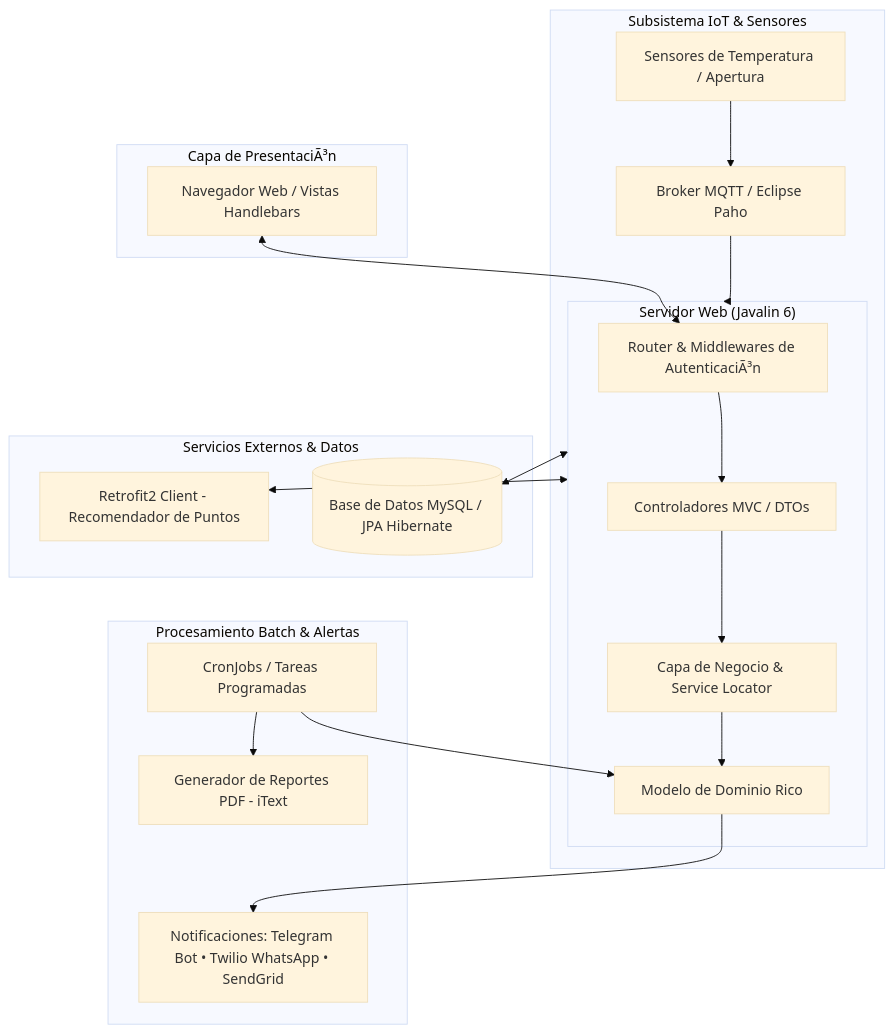
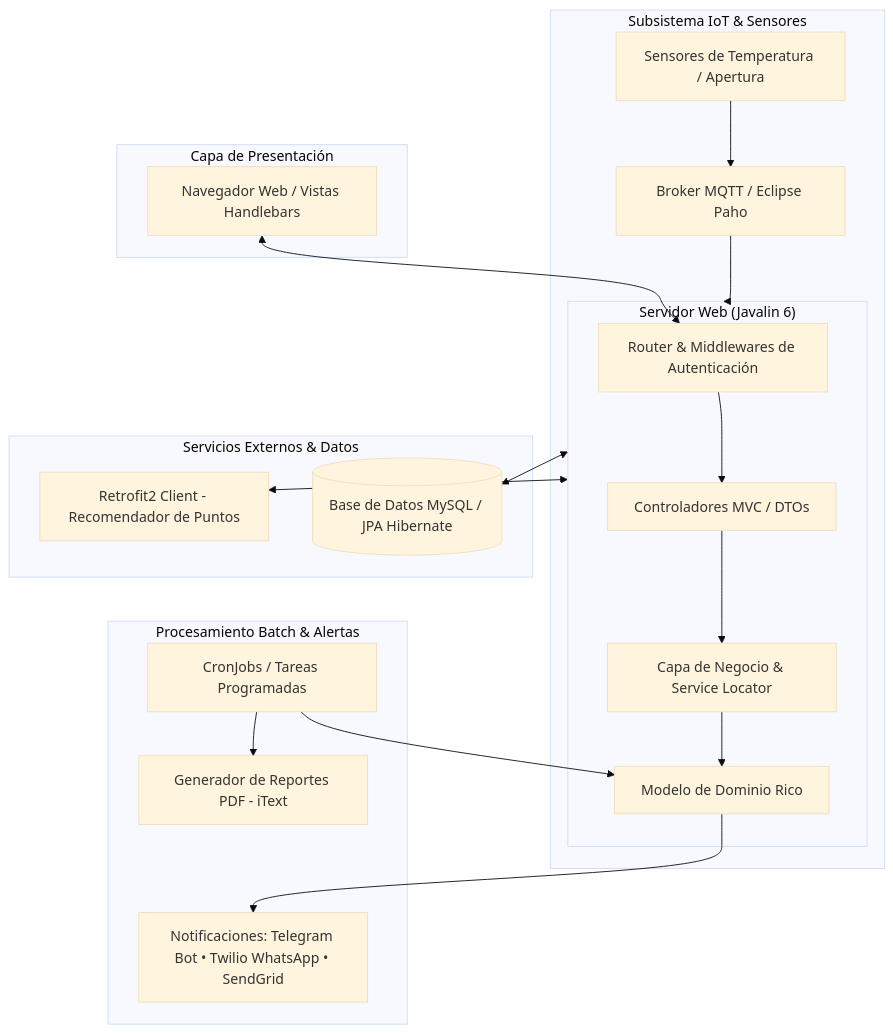
The diagram in README.md (thomyluca/TP-DDS-2024), drawn with Mermaid (base theme) before and after one commit. The commit also changed other lines of this file, not shown here.

Commit message:
fix: restore clean UTF-8 encoding and valid Mermaid diagram

````diff
--- a/README.md
+++ b/README.md
@@ -23,38 +23,38 @@
 ```mermaid
 flowchart TD
-    subgraph Client["Capa de PresentaciÃ³n"]
+    subgraph Client["Capa de Presentación"]
         UI["Navegador Web / Vistas Handlebars"]
     end
 
     subgraph Backend["Servidor Web (Javalin 6)"]
-        Router[Router & Middlewares de AutenticaciÃ³n]
+        Router["Router & Middlewares de Autenticación"]
         Controllers["Controladores MVC / DTOs"]
         Services["Capa de Negocio & Service Locator"]
         Domain["Modelo de Dominio Rico"]
         Router --> Controllers --> Services --> Domain
     end
 
     subgraph IoT["Subsistema IoT & Sensores"]
         Broker["Broker MQTT / Eclipse Paho"]
         Sensores["Sensores de Temperatura / Apertura"]
         Sensores --> Broker --> Backend
     end
 
     subgraph Async["Procesamiento Batch & Alertas"]
         Cron["CronJobs / Tareas Programadas"]
         Notif["Notificaciones: Telegram Bot • Twilio WhatsApp • SendGrid"]
         Reports["Generador de Reportes PDF - iText"]
     end
 
     subgraph External["Servicios Externos & Datos"]
         Retrofit["Retrofit2 Client - Recomendador de Puntos"]
         DB[("Base de Datos MySQL / JPA Hibernate")]
     end
 
     UI <--> Router
     Backend <--> DB
     Backend <--> Retrofit
     Cron --> Domain
     Domain --> Notif
     Cron --> Reports
 ```
````
